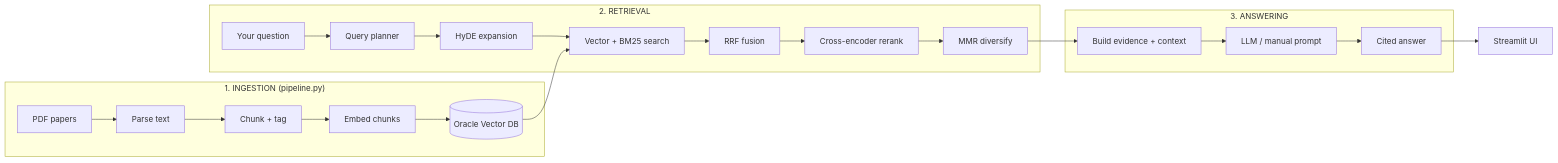
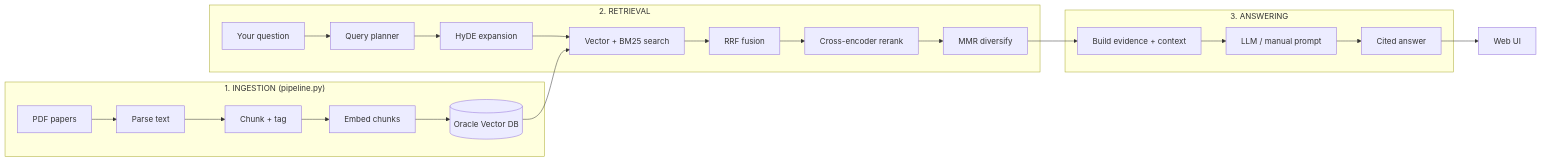
Before and after one commit to anistondeveloperteam-ANT/Audio-research-assistant: the first of 5 diagrams in docs/PIPELINE.md, drawn with Mermaid. The commit also changed other lines of this file and 23 other files, not shown here.

````diff
--- a/docs/PIPELINE.md
+++ b/docs/PIPELINE.md
@@ -32,27 +32,27 @@
 ```mermaid
 flowchart LR
     subgraph A[" 1. INGESTION  (pipeline.py) "]
         PDF[PDF papers] --> PARSE[Parse text]
         PARSE --> CHUNK[Chunk + tag]
         CHUNK --> EMBED[Embed chunks]
         EMBED --> VEC[(Oracle Vector DB)]
     end
 
     subgraph B[" 2. RETRIEVAL "]
         Q[Your question] --> PLAN[Query planner]
         PLAN --> HYDE[HyDE expansion]
         HYDE --> SEARCH[Vector + BM25 search]
         VEC --> SEARCH
         SEARCH --> FUSE[RRF fusion]
         FUSE --> RERANK[Cross-encoder rerank]
         RERANK --> MMR[MMR diversify]
     end
 
     subgraph C[" 3. ANSWERING "]
         MMR --> EVID[Build evidence + context]
         EVID --> LLM[LLM / manual prompt]
         LLM --> ANS[Cited answer]
     end
 
-    ANS --> UI[Streamlit UI]
+    ANS --> UI[Web UI]
 ```
````
